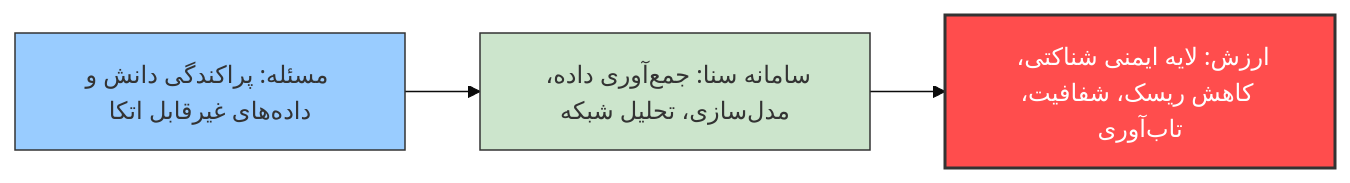
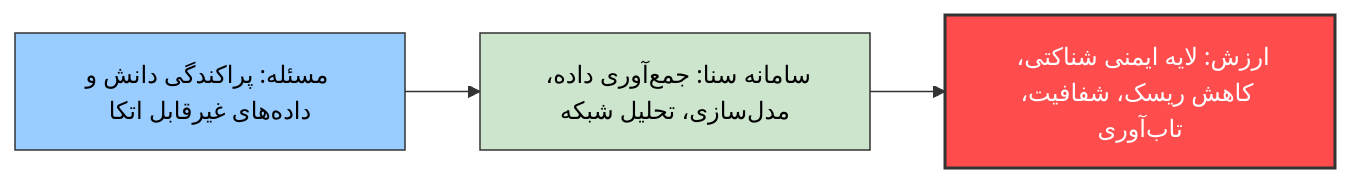
One commit to MohammadReza-B/hadisadoghiyazdi1971.github.io changed the second of 4 diagrams in presentation/EliteNetwork.md. Above: the diagram before and after it, drawn with Mermaid. The commit also changed other lines of this file, not shown here.

````diff
--- a/presentation/EliteNetwork.md
+++ b/presentation/EliteNetwork.md
@@ -37,9 +37,20 @@
 ```mermaid
-%%{init: {'theme':'base', 'themeVariables':{'fontFamily':'Tanha, sans-serif'}}}%%
+%%{init: {
+  'theme': 'base',
+  'themeVariables': {
+    'fontFamily': 'Vazir, Tanha, Shabnam, Segoe UI, Tahoma, sans-serif',
+    'primaryColor': '#99ccff',
+    'primaryTextColor': '#000',
+    'primaryBorderColor': '#333',
+    'lineColor': '#333',
+    'secondaryColor': '#cce5cc',
+    'tertiaryColor': '#ff4d4d'
+  }
+}}%%
 flowchart LR
     P["مسئله: پراکندگی دانش و داده‌های غیرقابل اتکا"] --> S["سامانه سنا: جمع‌آوری داده، مدل‌سازی، تحلیل شبکه"]
     S --> V["ارزش: لایه ایمنی شناکتی، کاهش ریسک، شفافیت، تاب‌آوری"]
     style P fill:#99ccff,stroke:#333
     style S fill:#cce5cc,stroke:#333
     style V fill:#ff4d4d,stroke:#333,stroke-width:2px,color:#fff
 ```
````
